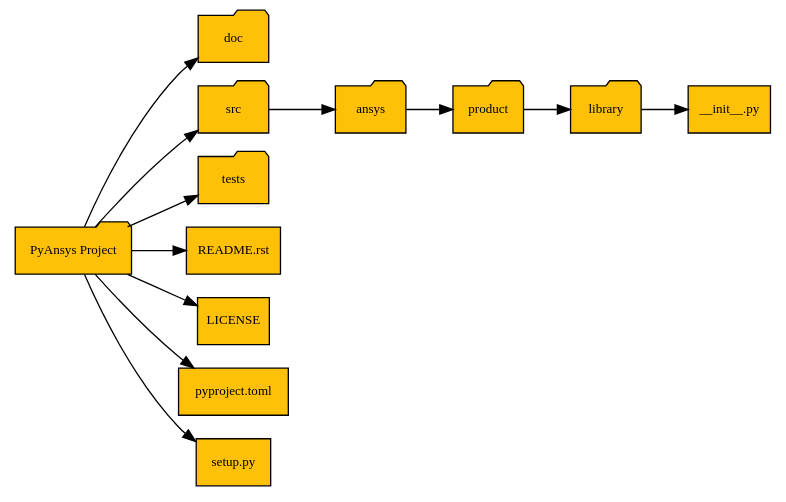
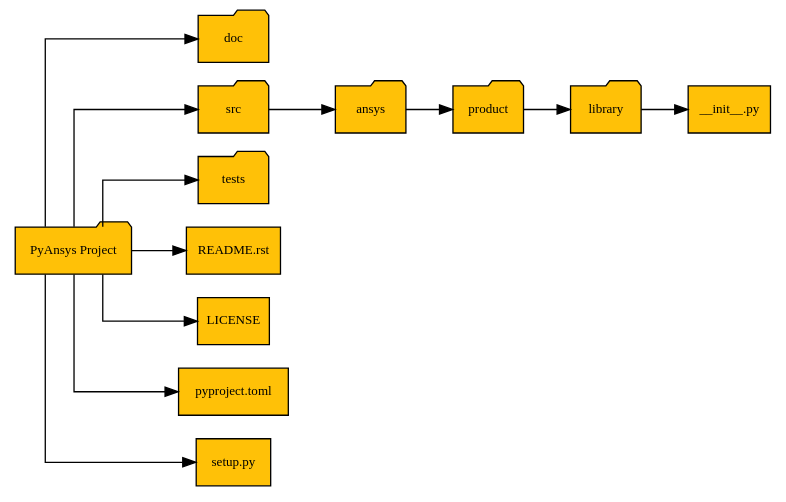
One commit to ansys/pyansys-dev-guide changed the diagram in doc/source/packaging/diagrams/pyproduct_library_structure_diagram.rst. Above: the diagram before and after it, drawn with Graphviz. The commit also changed 6 other files, not shown here.

Commit message:
Add build-systems.rst diagrams

```diff
--- a/doc/source/packaging/diagrams/pyproduct_library_structure_diagram.rst
+++ b/doc/source/packaging/diagrams/pyproduct_library_structure_diagram.rst
@@ -2,78 +2,78 @@
 .. graphviz::
     :caption: Minimum required PyAnsys project structure
     :alt: Minimum required PyAnsys project structure
     :align: center
 
      digraph "sphinx-ext-graphviz" {
          size="8,6";
          rankdir="LR";
          graph [
-           fontname="Verdana", fontsize="10", color="black", fillcolor="white"
+           fontname="Verdana", fontsize="10", color="black", fillcolor="white", splines=ortho
          ];
          node [
            fontname="Verdana", fontsize="10", style="filled", color="black", fillcolor="#ffc107"
          ];
 
          pyproduct_library [
            label="PyAnsys Project", shape="folder"
          ];
 
          doc [
            label="doc", shape="folder"
          ]
 
          src [
            label="src", shape="folder"
          ]
 
          ansys [
            label="ansys", shape="folder"
          ]
 
          product [
            label="product", shape="folder"
          ]
 
          library [
            label="library", shape="folder"
          ]
 
          init_file [
            label="__init__.py", shape="file"
          ]
 
          tests [
            label="tests", shape="folder"
          ]
 
          readme [
            label="README.rst", shape="file"
          ]
 
          license [
            label="LICENSE", shape="file"
          ]
 
          pyproject [
            label="pyproject.toml", shape="file"
          ]
 
          setup [
            label="setup.py", shape="file"
          ]
 
 
          pyproduct_library -> doc;
          pyproduct_library -> src;
          pyproduct_library -> tests;
          pyproduct_library -> license;
          pyproduct_library -> readme;
          pyproduct_library -> pyproject;
          pyproduct_library -> setup;
 
          src -> ansys;
          ansys -> product;
          product -> library;
          library -> init_file;
 
      }
```
